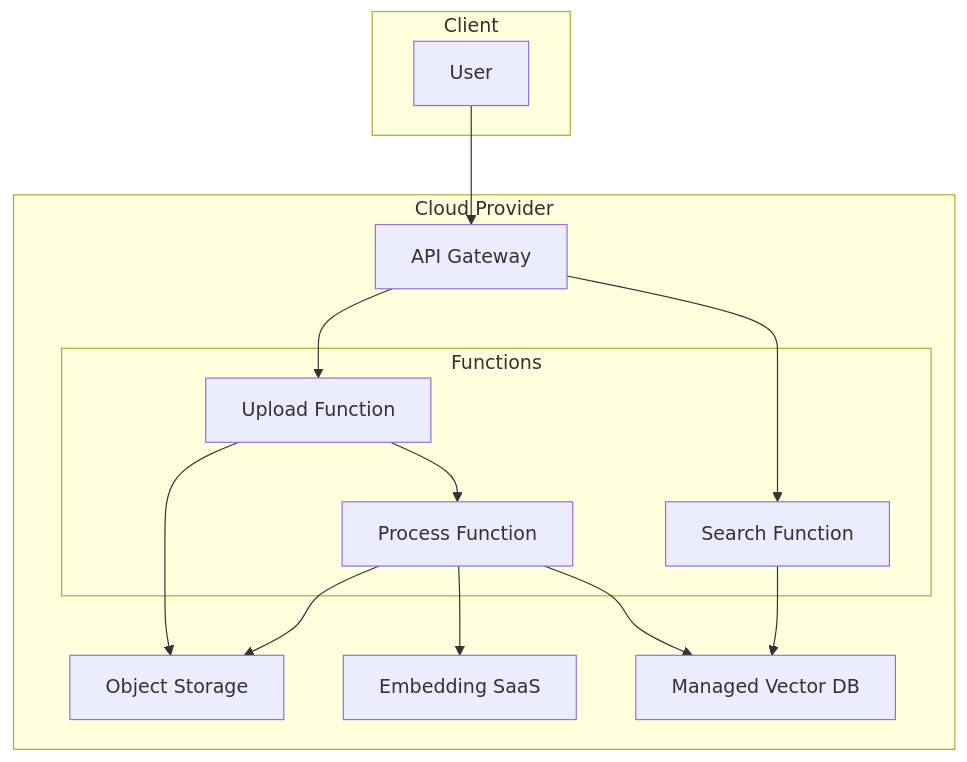
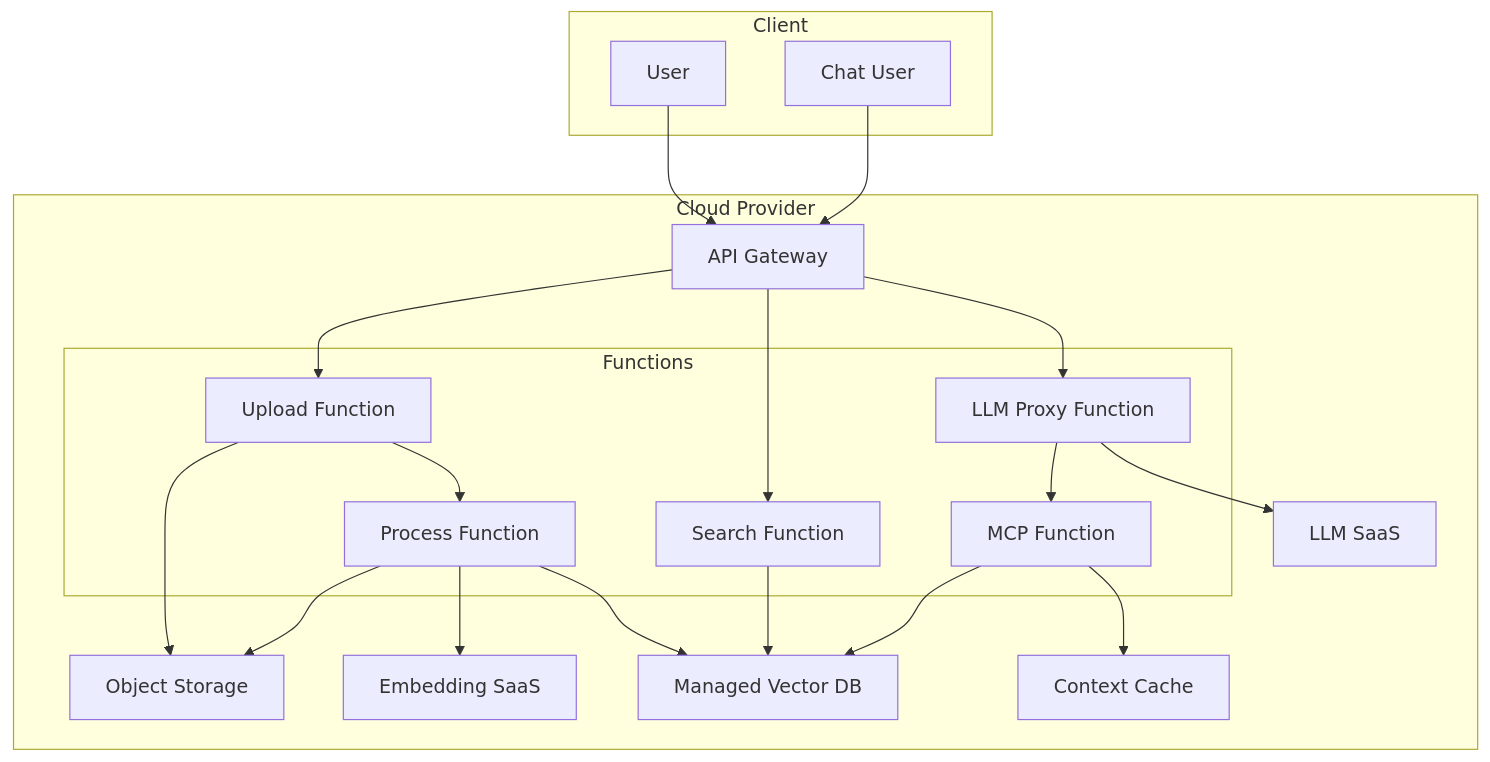
The fourth of 4 diagrams in architecture_diagrams/deployment_diagram.md (pnandi/vector-search), drawn with Mermaid before and after one commit. The commit also changed other lines of this file and 2 other files, not shown here.

First line of the commit message:
architecture diagram updates

````diff
--- a/architecture_diagrams/deployment_diagram.md
+++ b/architecture_diagrams/deployment_diagram.md
@@ -133,31 +176,48 @@
 ```mermaid
 flowchart TD
     subgraph "Client"
         User[User]
+        ChatUser[Chat User]
     end
-    
+
     subgraph "Cloud Provider"
         APIGateway[API Gateway]
-        
+
         subgraph "Functions"
             UploadFunction[Upload Function]
             ProcessFunction[Process Function]
             SearchFunction[Search Function]
+            MCPFunction[MCP Function]
+            LLMProxyFunction[LLM Proxy Function]
         end
-        
+
         ObjectStorage[Object Storage]
         ManagedVectorDB[Managed Vector DB]
-        
+        ContextCache[Context Cache]
+
         SaaS[Embedding SaaS]
+        LLMSaaS[LLM SaaS]
     end
-    
+
     User --> APIGateway
+    ChatUser --> APIGateway
+
     APIGateway --> UploadFunction
     APIGateway --> SearchFunction
+    APIGateway --> LLMProxyFunction
+
     UploadFunction --> ObjectStorage
     UploadFunction --> ProcessFunction
+
     ProcessFunction --> ObjectStorage
     ProcessFunction --> SaaS
     ProcessFunction --> ManagedVectorDB
+
     SearchFunction --> ManagedVectorDB
+
+    LLMProxyFunction --> MCPFunction
+    LLMProxyFunction --> LLMSaaS
+
+    MCPFunction --> ManagedVectorDB
+    MCPFunction --> ContextCache
 ```
````
